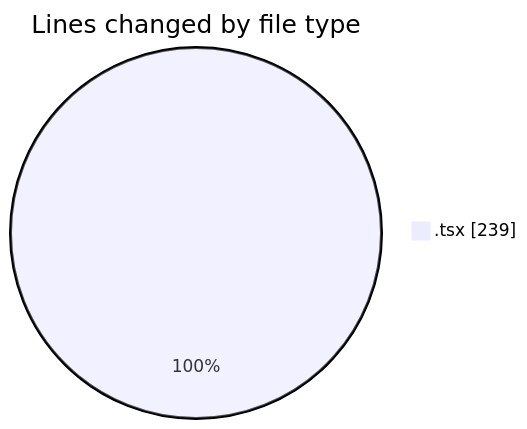
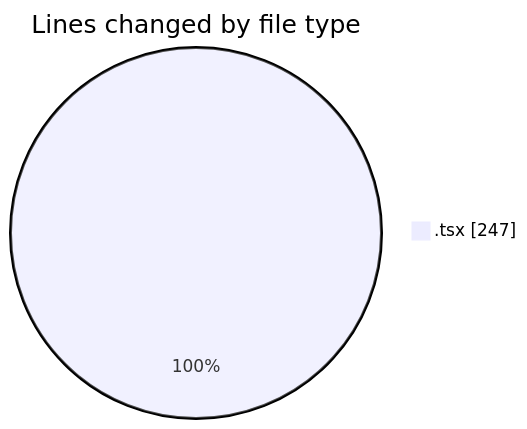
One commit to momahboobian/code-tracking changed the first of 2 diagrams in 2025-06-12/cda/README.md. Above: the diagram before and after it, drawn with Mermaid. The commit also changed other lines of this file and 1 other file, not shown here.

````diff
--- a/2025-06-12/cda/README.md
+++ b/2025-06-12/cda/README.md
@@ -20,5 +20,5 @@
 ```mermaid
 pie showData
 title Lines changed by file type
-".tsx" : 239
+".tsx" : 247
 ```
````
